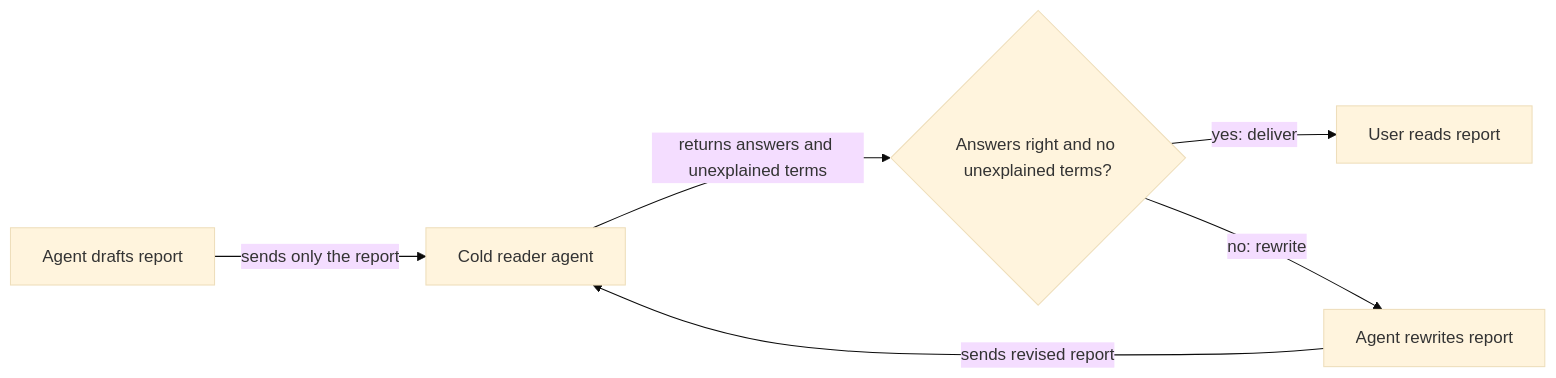
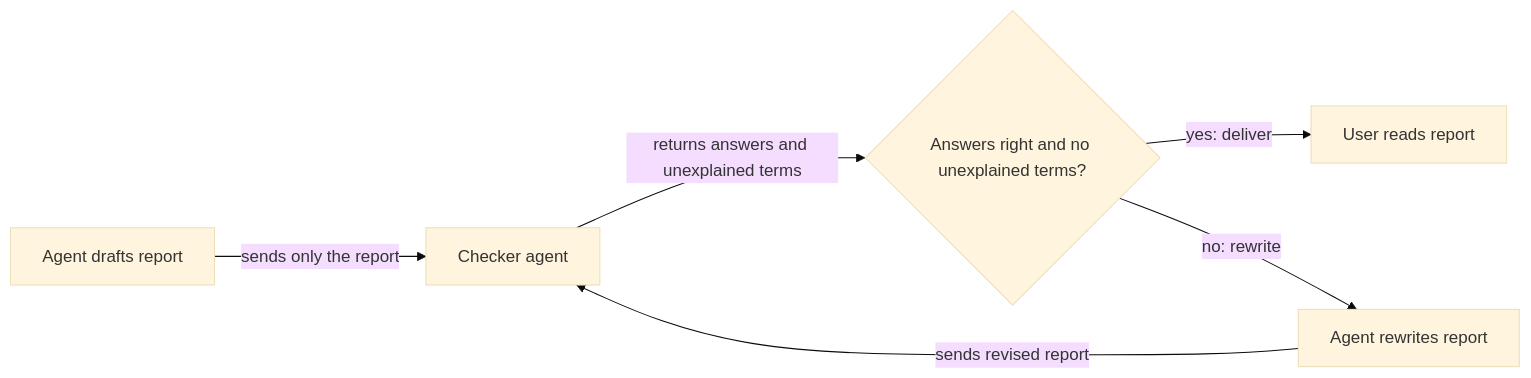
The diagram in plans/backlog/plans-self-contained-reports.md (kirinmurphy/roborepo-alpha), drawn with Mermaid (base theme) before and after one commit. The commit also changed other lines of this file, not shown here.

````diff
--- a/plans/backlog/plans-self-contained-reports.md
+++ b/plans/backlog/plans-self-contained-reports.md
@@ -190,8 +191,8 @@
 ```mermaid
 flowchart LR
-  D[Agent drafts report] -->|sends only the report| C[Cold reader agent]
+  D[Agent drafts report] -->|sends only the report| C[Checker agent]
   C -->|returns answers and unexplained terms| J{Answers right and no unexplained terms?}
   J -->|yes: deliver| U[User reads report]
   J -->|no: rewrite| R[Agent rewrites report]
   R -->|sends revised report| C
 ```
````
